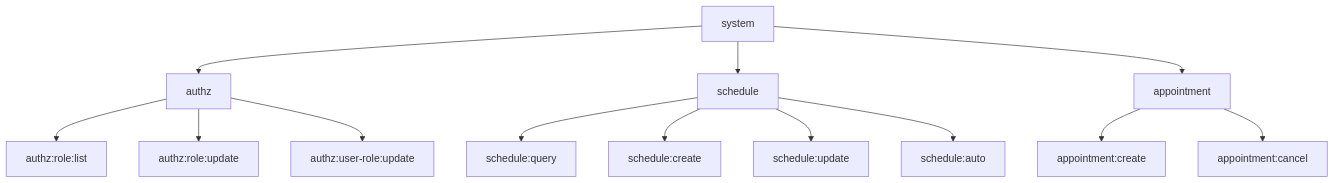
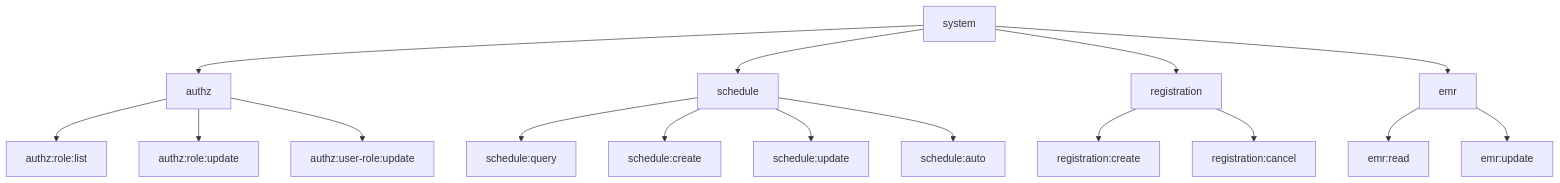
The diagram in docs/15-PERMISSIONS/appendix/A3-EXAMPLES.md (JianwenShaw/MediAskDocs), drawn with Mermaid before and after one commit. The commit also changed other lines of this file and 7 other files, not shown here.

````diff
--- a/docs/15-PERMISSIONS/appendix/A3-EXAMPLES.md
+++ b/docs/15-PERMISSIONS/appendix/A3-EXAMPLES.md
@@ -5,17 +5,21 @@
 ```mermaid
 flowchart TB
   system[system] --> authz[authz]
   authz --> authz_role_list[authz:role:list]
   authz --> authz_role_update[authz:role:update]
   authz --> authz_user_role_update[authz:user-role:update]
 
   system --> schedule[schedule]
   schedule --> schedule_query[schedule:query]
   schedule --> schedule_create[schedule:create]
   schedule --> schedule_update[schedule:update]
   schedule --> schedule_auto[schedule:auto]
 
-  system --> appointment[appointment]
-  appointment --> appointment_create[appointment:create]
-  appointment --> appointment_cancel[appointment:cancel]
+  system --> registration[registration]
+  registration --> registration_create[registration:create]
+  registration --> registration_cancel[registration:cancel]
+
+  system --> emr[emr]
+  emr --> emr_read[emr:read]
+  emr --> emr_update[emr:update]
 ```
````
